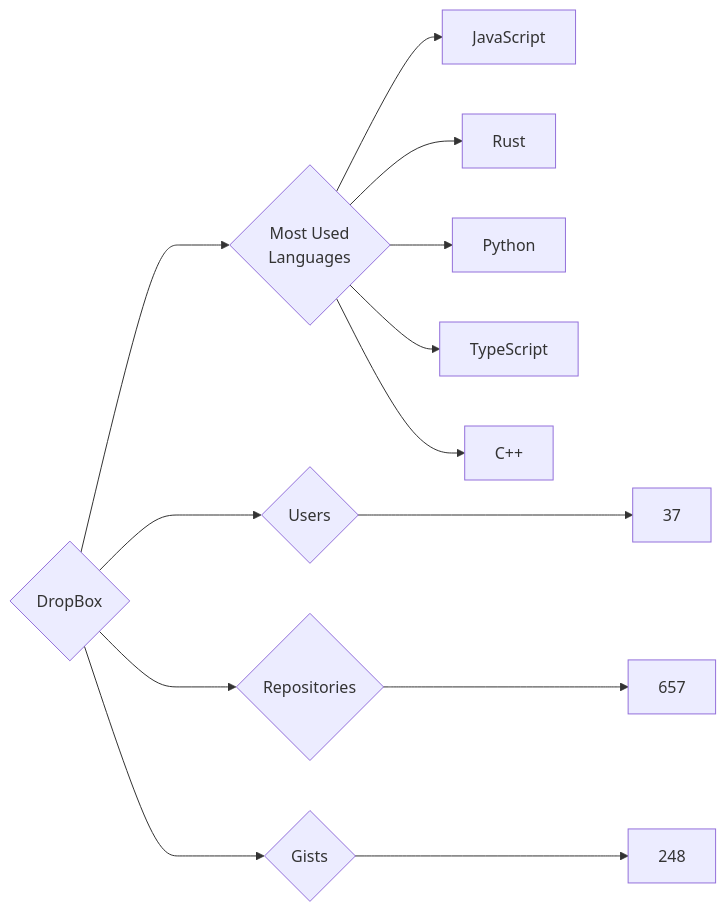
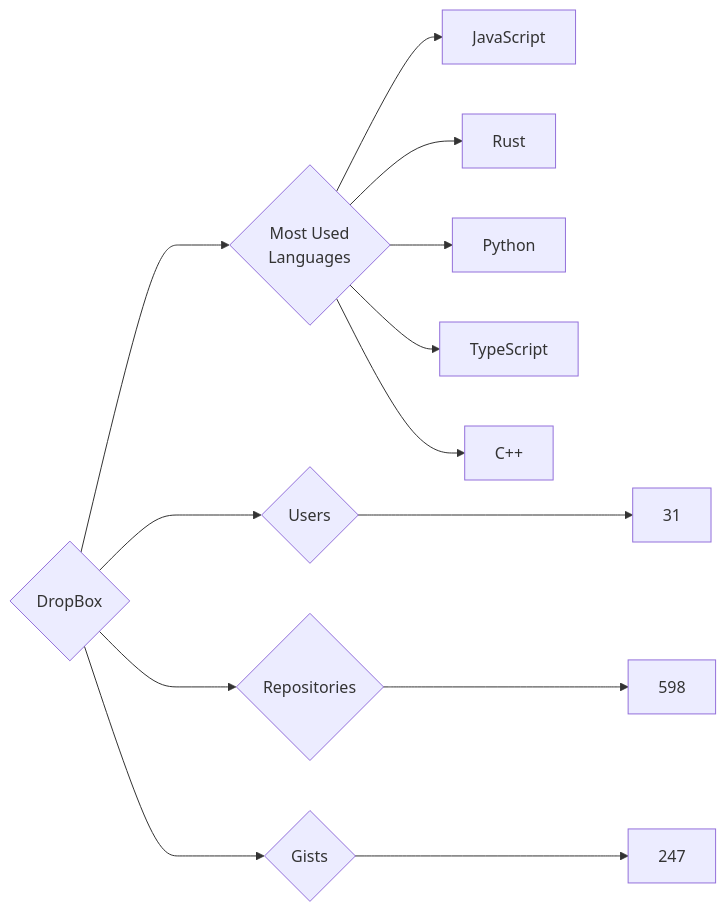
The diagram in targets/DropBox/README.md (trickest/insiders), drawn with Mermaid before and after one commit. The commit also changed 873 other files, not shown here.

````diff
--- a/targets/DropBox/README.md
+++ b/targets/DropBox/README.md
@@ -3,13 +3,13 @@
 ```mermaid
 graph LR
 COMPANY_NAME{DropBox}
-COMPANY_NAME ---> U{Users} ---> UN[37]
-COMPANY_NAME ---> R{Repositories} ---> RN[657]
-COMPANY_NAME ---> G{Gists} ---> GN[248]
+COMPANY_NAME ---> U{Users} ---> UN[31]
+COMPANY_NAME ---> R{Repositories} ---> RN[598]
+COMPANY_NAME ---> G{Gists} ---> GN[247]
 COMPANY_NAME ---> ML{Most Used<br>Languages}
 ML --> JavaScript[JavaScript]
 ML --> Rust[Rust]
 ML --> Python[Python]
 ML --> TypeScript[TypeScript]
 ML --> C++[C++]
 ```
````
